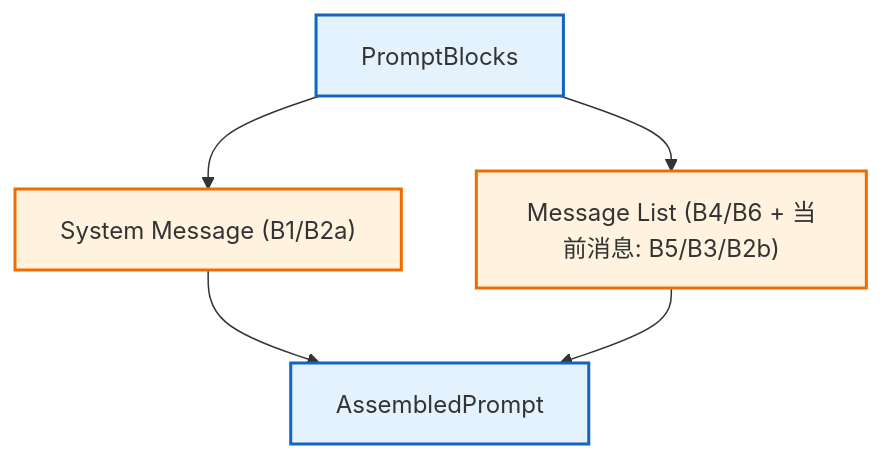
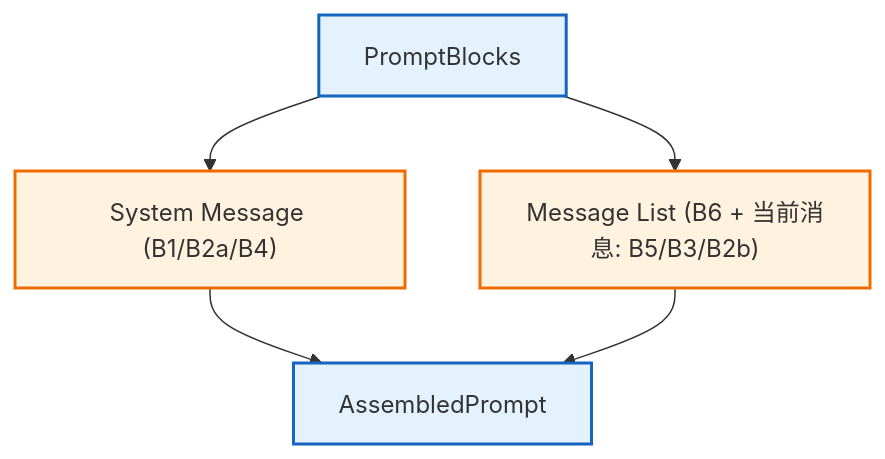
One commit to D15190304050/generic-agent changed diagram 21 of 38 in discussions/ContextManagerV6.md. Above: the diagram before and after it, drawn with Mermaid. The commit also changed other lines of this file, not shown here.

````diff
--- a/discussions/ContextManagerV6.md
+++ b/discussions/ContextManagerV6.md
@@ -2495,13 +1971,13 @@
 ```mermaid
 flowchart TB
     classDef input fill:#e3f2fd,stroke:#1565c0,stroke-width:2px;
     classDef process fill:#fff3e0,stroke:#ef6c00,stroke-width:2px;
 
     Blocks["PromptBlocks"]:::input
-    System["System Message (B1/B2a)"]:::process
-    Messages["Message List (B4/B6 + 当前消息: B5/B3/B2b)"]:::process
+    System["System Message (B1/B2a/B4)"]:::process
+    Messages["Message List (B6 + 当前消息: B5/B3/B2b)"]:::process
     Output["AssembledPrompt"]:::input
 
     Blocks --> System --> Output
     Blocks --> Messages --> Output
 ```
````
